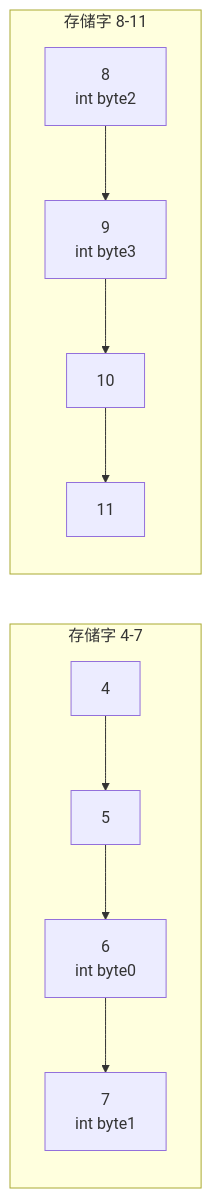
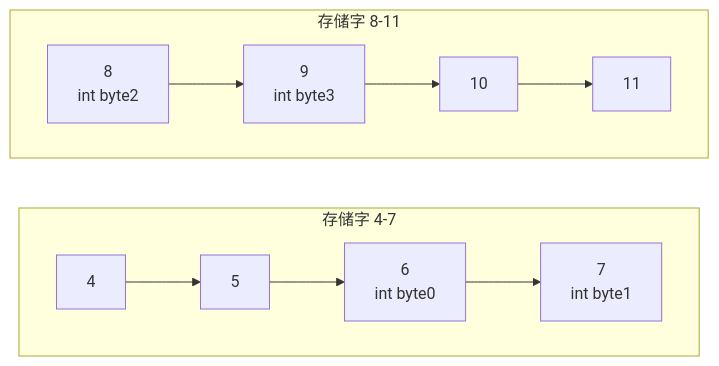
Before and after one commit to SummerS-tars/jizu-course-guides: the third of 7 diagrams in guides/计组-Week4-6-学习指南.md, drawn with Mermaid.

Commit message:
docs(计组): 调整Week4-6对齐示意图布局

````diff
--- a/guides/计组-Week4-6-学习指南.md
+++ b/guides/计组-Week4-6-学习指南.md
@@ -203,9 +203,11 @@
 ```mermaid
 flowchart LR
     subgraph W1["存储字 4-7"]
+        direction LR
         A4["4"] --> A5["5"] --> A6["6<br/>int byte0"] --> A7["7<br/>int byte1"]
     end
     subgraph W2["存储字 8-11"]
+        direction LR
         A8["8<br/>int byte2"] --> A9["9<br/>int byte3"] --> A10["10"] --> A11["11"]
     end
 ```
````
